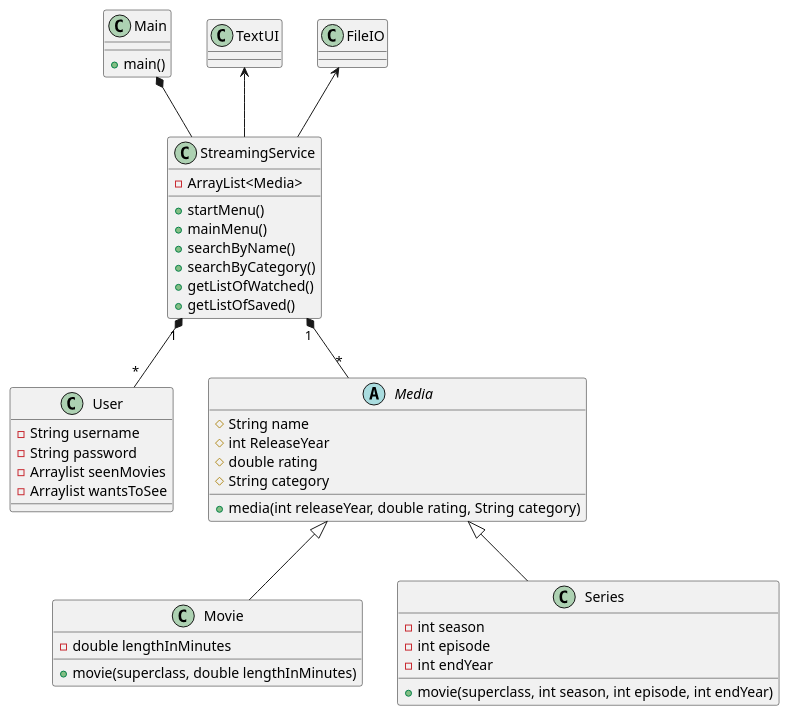
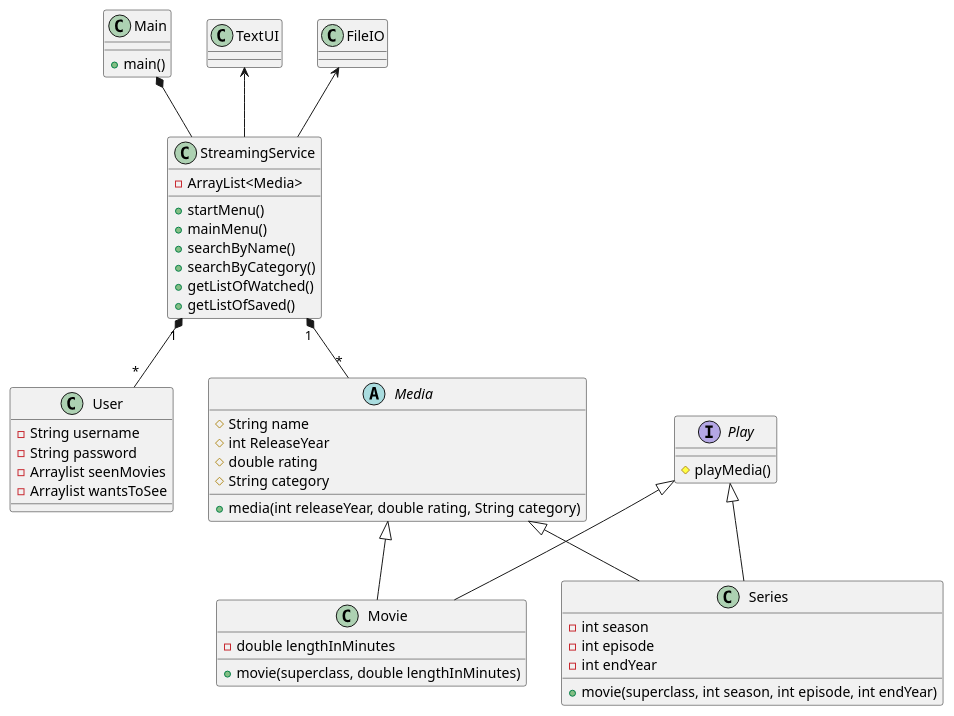
One commit to Eligoon/SP3_Gruppe_G changed the diagram in src/SP3ClassDiagram v.1.puml. Above: the diagram before and after it, drawn with PlantUML.

Commit message:
Class Diagram updated

```diff
--- a/src/SP3ClassDiagram v.1.puml
+++ b/src/SP3ClassDiagram v.1.puml
@@ -1,67 +1,75 @@
 @startuml
 'https://plantuml.com/class-diagram
 
 Main *-- StreamingService
 StreamingService "1" *-- "*" User
 StreamingService "1" *-- "*" Media
 Media <|-- Movie
 Media <|-- Series
 TextUI <--StreamingService
 FileIO <-- StreamingService
+Play <|-- Movie
+Play <|-- Series
+
 
 class Main
 {
 + main()
 }
 
 class StreamingService
 {
  - ArrayList<Media>
  + startMenu()
  + mainMenu()
  + searchByName()
  + searchByCategory()
  + getListOfWatched()
  + getListOfSaved()
 }
 
 abstract class Media
 {
 # String name
 # int ReleaseYear
 # double rating
 # String category
 + media(int releaseYear, double rating, String category)
 }
 
 class Movie
 {
 - double lengthInMinutes
 + movie(superclass, double lengthInMinutes)
 }
 
 class Series
 {
 - int season
 - int episode
 - int endYear
 + movie(superclass, int season, int episode, int endYear)
 }
 
 class User
 {
 - String username
 - String password
 - Arraylist seenMovies
 - Arraylist wantsToSee
 }
 
 class TextUI
 {
 }
 
 class FileIO
 {
 }
 
+interface Play
+{
+# playMedia()
+}
+
 @enduml
```
